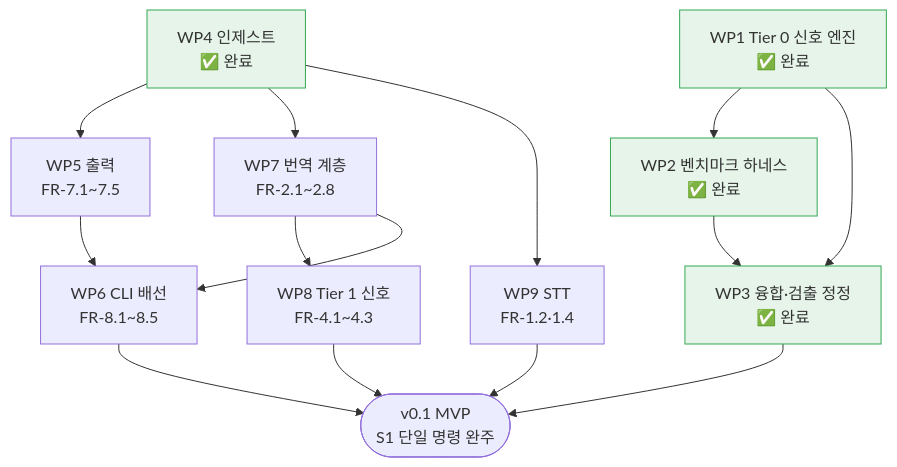
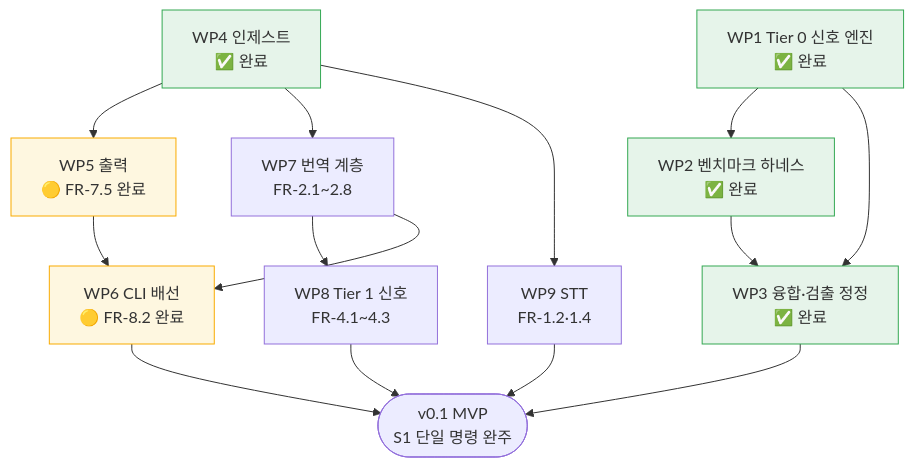
One commit to withwooyong/cuesift changed the diagram in docs/WBS.md. Above: the diagram before and after it, drawn with Mermaid. The commit also changed other lines of this file and 22 other files, not shown here.

````diff
--- a/docs/WBS.md
+++ b/docs/WBS.md
@@ -68,32 +74,34 @@
 ```mermaid
 flowchart TD
     WP1["WP1 Tier 0 신호 엔진<br/>✅ 완료"]
     WP2["WP2 벤치마크 하네스<br/>✅ 완료"]
     WP3["WP3 융합·검출 정정<br/>✅ 완료"]
     WP4["WP4 인제스트<br/>✅ 완료"]
-    WP5["WP5 출력<br/>FR-7.1~7.5"]
-    WP6["WP6 CLI 배선<br/>FR-8.1~8.5"]
+    WP5["WP5 출력<br/>🟡 FR-7.5 완료"]
+    WP6["WP6 CLI 배선<br/>🟡 FR-8.2 완료"]
     WP7["WP7 번역 계층<br/>FR-2.1~2.8"]
     WP8["WP8 Tier 1 신호<br/>FR-4.1~4.3"]
     WP9["WP9 STT<br/>FR-1.2·1.4"]
     V01(["v0.1 MVP<br/>S1 단일 명령 완주"])
 
     WP1 --> WP2
     WP1 --> WP3
     WP2 --> WP3
     WP4 --> WP5
     WP4 --> WP7
     WP4 --> WP9
     WP5 --> WP6
     WP7 --> WP8
     WP7 --> WP6
     WP8 --> V01
     WP9 --> V01
     WP6 --> V01
     WP3 --> V01
 
     style WP1 fill:#e6f4ea,stroke:#34a853
     style WP2 fill:#e6f4ea,stroke:#34a853
     style WP3 fill:#e6f4ea,stroke:#34a853
     style WP4 fill:#e6f4ea,stroke:#34a853
+    style WP5 fill:#fef7e0,stroke:#f9ab00
+    style WP6 fill:#fef7e0,stroke:#f9ab00
 ```
````
